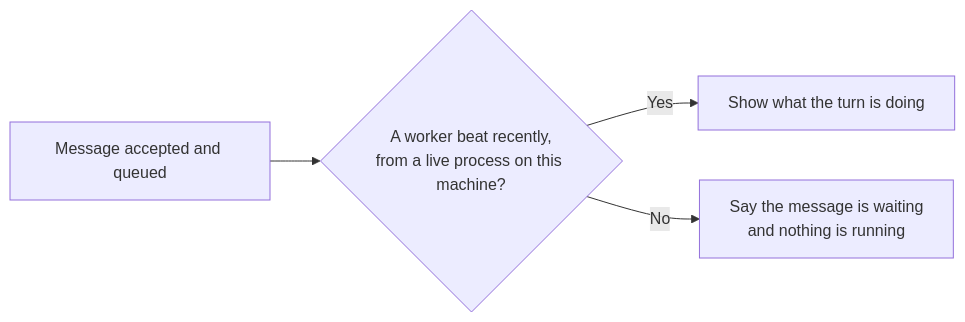
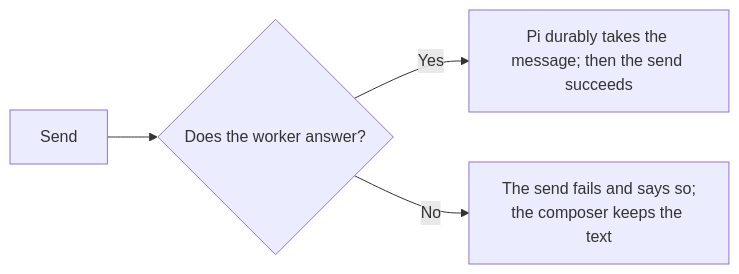
One commit to lustoykov/hallvi changed the second of 2 diagrams in docs/architecture/development-start.md. Above: the diagram before and after it, drawn with Mermaid. The commit also changed other lines of this file and 71 other files, not shown here.

````diff
--- a/docs/architecture/development-start.md
+++ b/docs/architecture/development-start.md
@@ -27,6 +24,6 @@
 ```mermaid
 flowchart LR
-  A[Message accepted and queued] --> B{A worker beat recently,<br/>from a live process on this machine?}
-  B -->|Yes| C[Show what the turn is doing]
-  B -->|No| D[Say the message is waiting<br/>and nothing is running]
+  A[Send] --> B{Does the worker answer?}
+  B -->|Yes| C[Pi durably takes the message; then the send succeeds]
+  B -->|No| D[The send fails and says so;<br/>the composer keeps the text]
 ```
````
